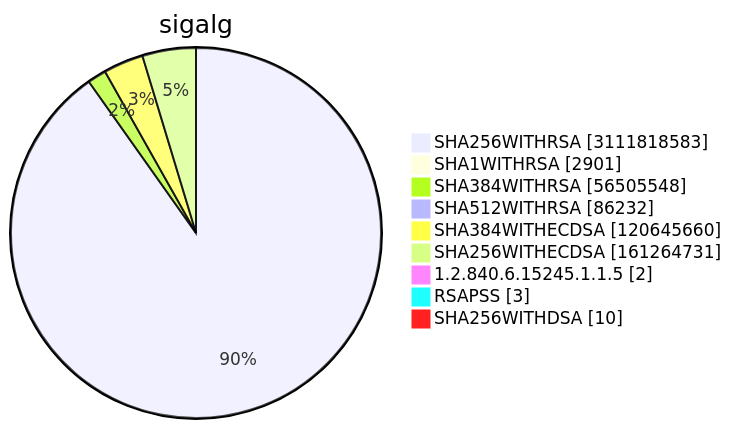
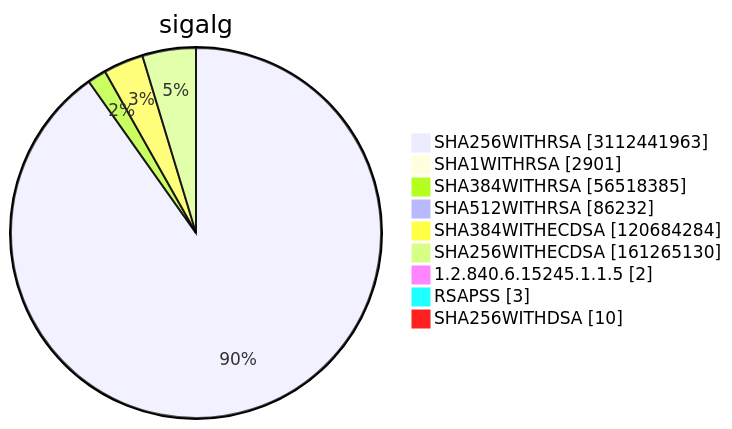
One commit to christiankrug/ctmonitor_visualization changed diagram 15 of 15 in TOTAL/README.md. Above: the diagram before and after it, drawn with Mermaid. The commit also changed other lines of this file, not shown here.

````diff
--- a/TOTAL/README.md
+++ b/TOTAL/README.md
@@ -6212,13 +6212,13 @@
 ```mermaid
 pie showData
 title sigalg
-"SHA256WITHRSA" :3111818583
+"SHA256WITHRSA" :3112441963
 "SHA1WITHRSA" :2901
-"SHA384WITHRSA" :56505548
+"SHA384WITHRSA" :56518385
 "SHA512WITHRSA" :86232
-"SHA384WITHECDSA" :120645660
-"SHA256WITHECDSA" :161264731
+"SHA384WITHECDSA" :120684284
+"SHA256WITHECDSA" :161265130
 "1.2.840.6.15245.1.1.5" :2
 "RSAPSS" :3
 "SHA256WITHDSA" :10
 ```
````
